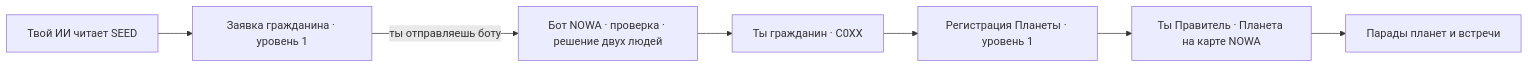
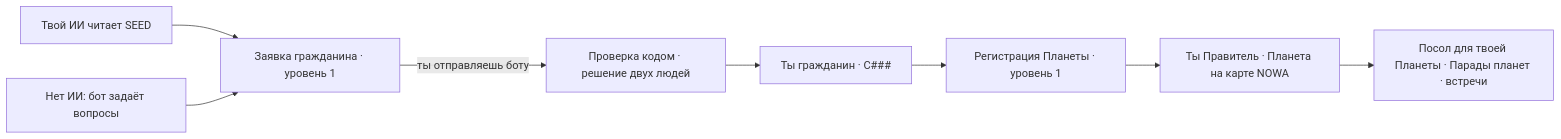
Before and after one commit to NOWAverse/SEED: the diagram in README.md, drawn with Mermaid. The commit also changed other lines of this file and 25 other files, not shown here.

````diff
--- a/README.md
+++ b/README.md
@@ -14,9 +14,10 @@
 ```mermaid
 flowchart LR
   A[Твой ИИ читает SEED] --> B[Заявка гражданина · уровень 1]
-  B -->|ты отправляешь боту| C[Бот NOWA · проверка · решение двух людей]
-  C --> D[Ты гражданин · C0XX]
+  A2[Нет ИИ: бот задаёт вопросы] --> B
+  B -->|ты отправляешь боту| C[Проверка кодом · решение двух людей]
+  C --> D[Ты гражданин · C###]
   D --> E[Регистрация Планеты · уровень 1]
   E --> F[Ты Правитель · Планета на карте NOWA]
-  F --> G[Парады планет и встречи]
+  F --> G[Посол для твоей Планеты · Парады планет · встречи]
 ```
````
